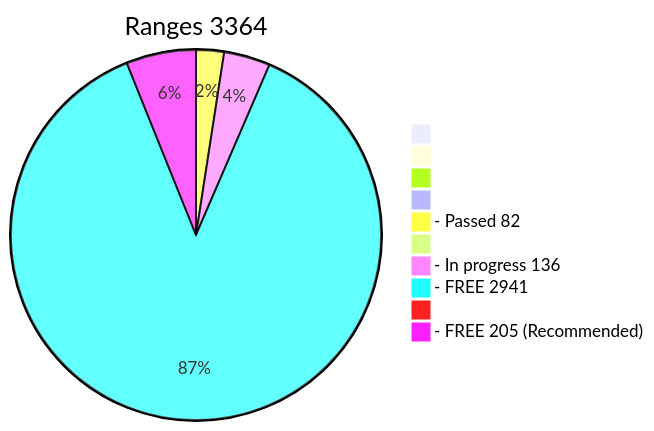
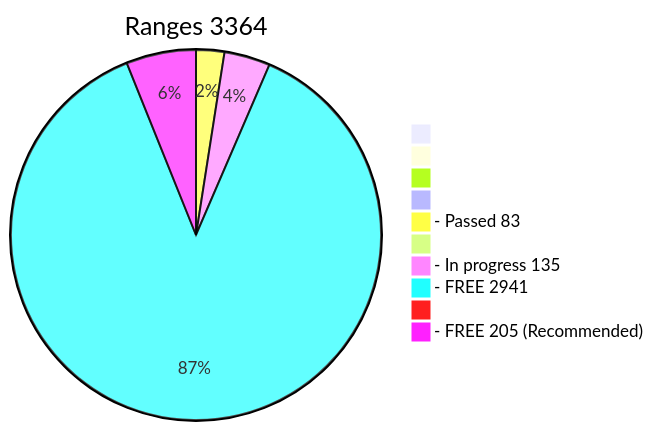
The diagram in x64/Release/table.md (phrutis/wif500), drawn with Mermaid before and after one commit. The commit also changed other lines of this file, not shown here.

````diff
--- a/x64/Release/table.md
+++ b/x64/Release/table.md
@@ -3,13 +3,13 @@
 ```mermaid
 pie title Ranges 3364
   " " : 0
   "  " : 0
   "   " : 0
   "    " : 0
-  "- Passed 82" : 82
+  "- Passed 83" : 83
   "     " : 0
-  "- In progress 136" : 136
+  "- In progress 135" : 135
   "- FREE 2941" : 2941
   "      " : 0
   "- FREE 205 (Recommended)" : 205
 ```
````
